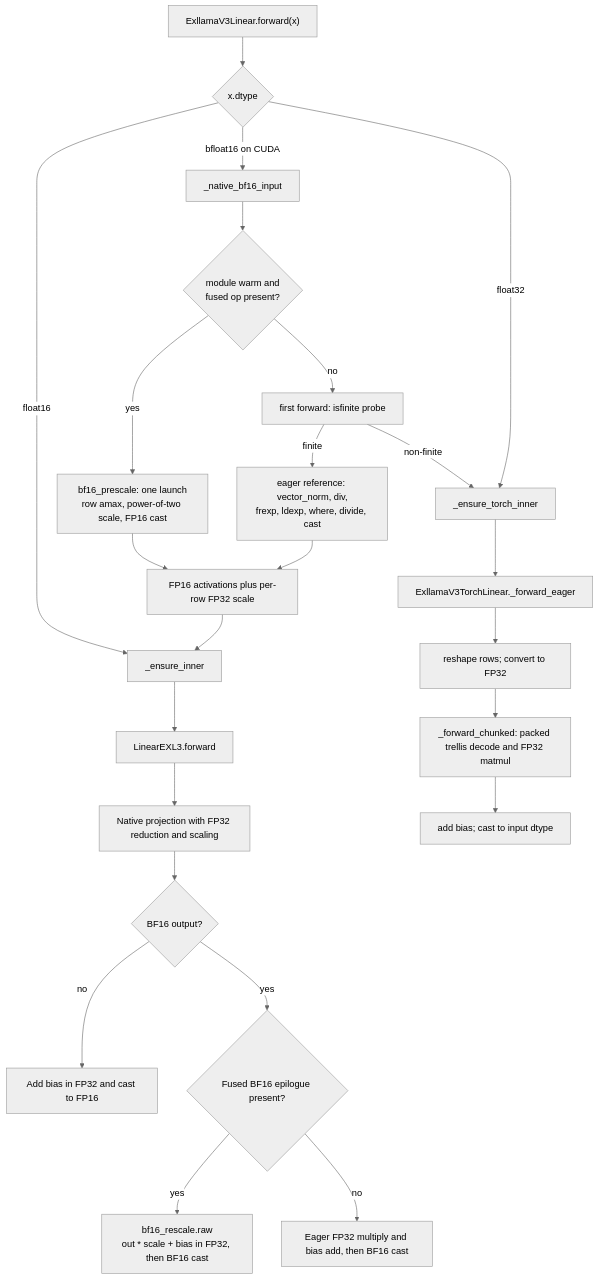
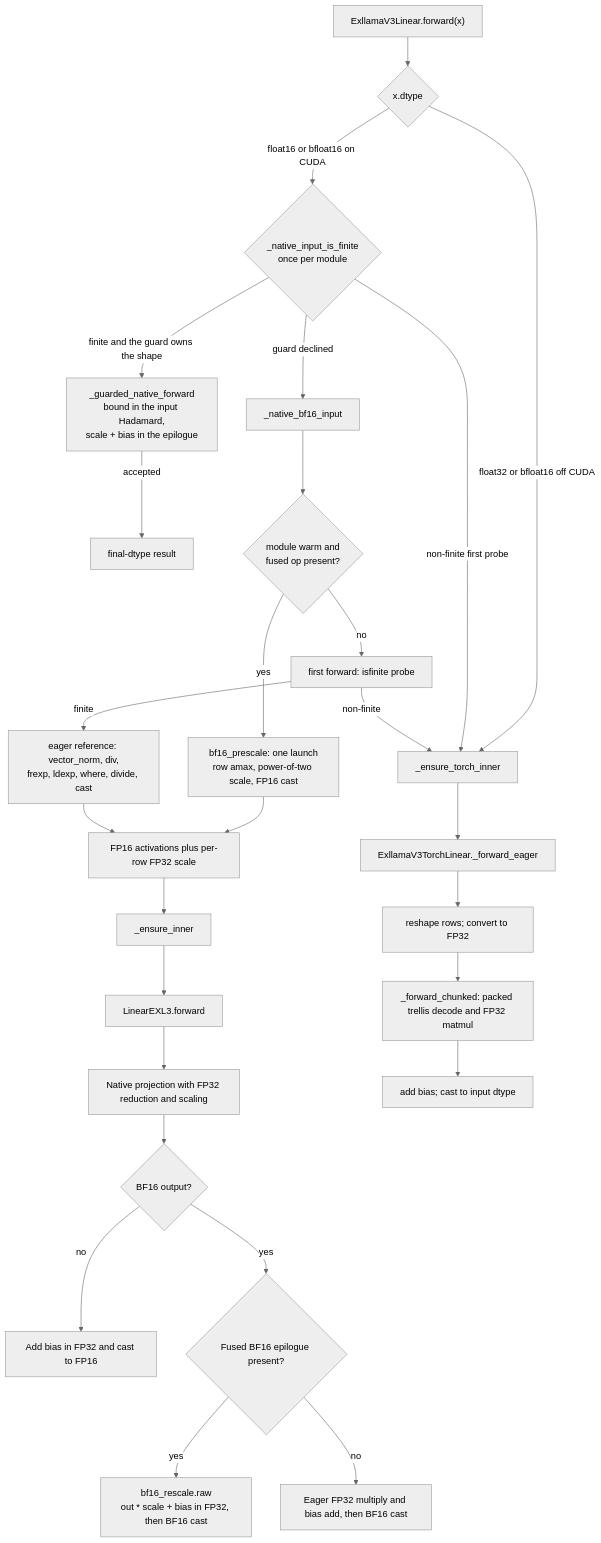
One commit to ModelCloud/GPTQModel changed the first of 5 diagrams in docs/exl3-wide-activation-dispatch.md. Above: the diagram before and after it, drawn with Mermaid (neutral theme). The commit also changed other lines of this file and 17 other files, not shown here.

First line of the commit message:
perf(exl3): fold the FP16/BF16 input-range guard into the GEMM (#5958)

````diff
--- a/docs/exl3-wide-activation-dispatch.md
+++ b/docs/exl3-wide-activation-dispatch.md
@@ -13,26 +13,29 @@
 ```mermaid
 flowchart TD
     A["ExllamaV3Linear.forward(x)"] --> B{"x.dtype"}
-    B -->|float16| C["_ensure_inner"]
-    B -->|bfloat16 on CUDA| D["_native_bf16_input"]
+    B -->|"float32 or bfloat16 off CUDA"| H["_ensure_torch_inner"]
+    B -->|"float16 or bfloat16 on CUDA"| P{"_native_input_is_finite<br/>once per module"}
+    P -->|"finite and the guard owns the shape"| G["_guarded_native_forward<br/>bound in the input Hadamard,<br/>scale + bias in the epilogue"]
+    G -->|accepted| YF["final-dtype result"]
+    P -->|"non-finite first probe"| H
+    P -->|"guard declined"| D["_native_bf16_input"]
     D --> E{"module warm and<br/>fused op present?"}
     E -->|yes| S["bf16_prescale: one launch<br/>row amax, power-of-two scale, FP16 cast"]
     E -->|no| N["first forward: isfinite probe"]
     N -->|finite| R["eager reference: vector_norm, div,<br/>frexp, ldexp, where, divide, cast"]
-    N -->|non-finite| H["_ensure_torch_inner"]
-    S --> G["FP16 activations plus per-row FP32 scale"]
-    R --> G
-    G --> C
+    N -->|non-finite| H
+    S --> G2["FP16 activations plus per-row FP32 scale"]
+    R --> G2
+    G2 --> C["_ensure_inner"]
     C --> I["LinearEXL3.forward"]
     I --> K["Native projection with FP32 reduction and scaling"]
     K --> W{"BF16 output?"}
-    W -->|no| Y["Add bias in FP32 and cast to FP16"]
+    W -->|no| Y2["Add bias in FP32 and cast to FP16"]
     W -->|yes| Q{"Fused BF16 epilogue present?"}
     Q -->|yes| T["bf16_rescale.raw<br/>out * scale + bias in FP32, then BF16 cast"]
     Q -->|no| U["Eager FP32 multiply and bias add, then BF16 cast"]
-    B -->|float32| H
     H --> M["ExllamaV3TorchLinear._forward_eager"]
     M --> N2["reshape rows; convert to FP32"]
     N2 --> O["_forward_chunked: packed trellis decode and FP32 matmul"]
     O --> R2["add bias; cast to input dtype"]
 ```
````
